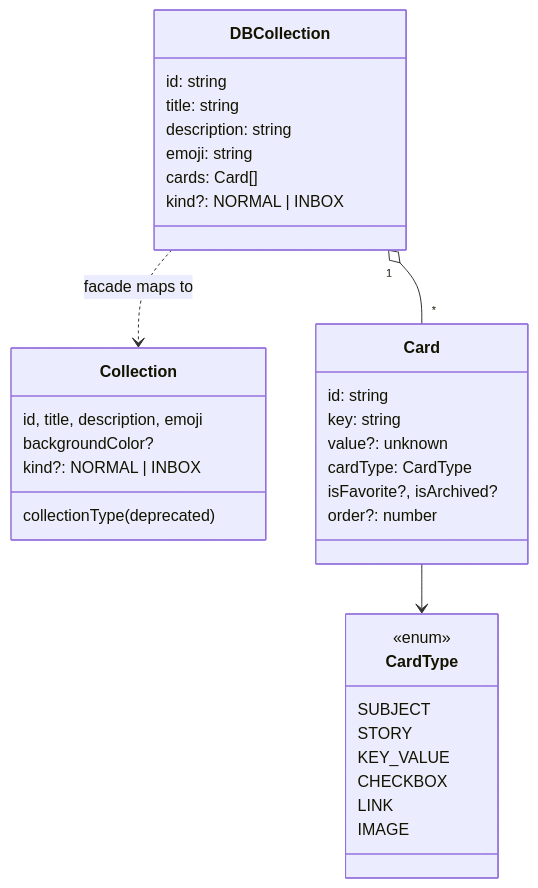
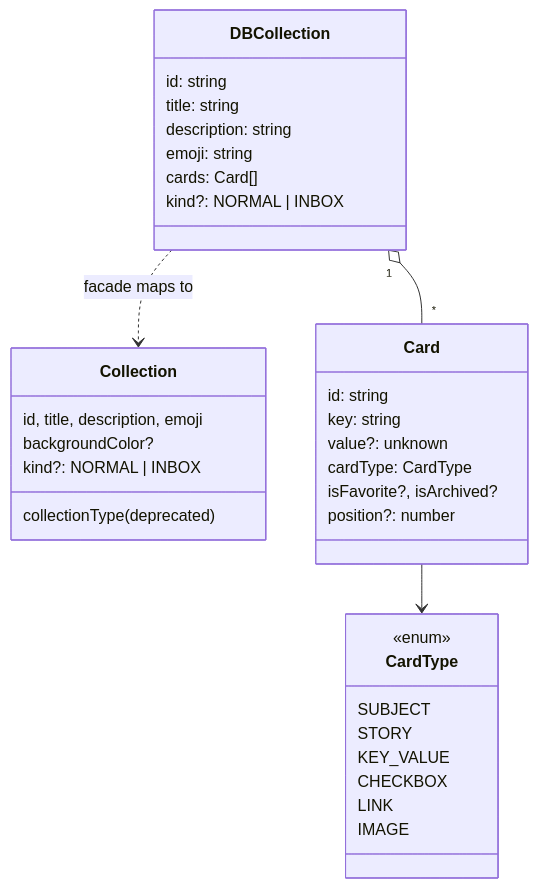
Before and after one commit to Assaviv/CollectionsProject: the second of 3 diagrams in SaveApp-UI/README.md, drawn with Mermaid. The commit also changed other lines of this file and 15 other files, not shown here.

````diff
--- a/SaveApp-UI/README.md
+++ b/SaveApp-UI/README.md
@@ -40,37 +40,37 @@
 ```mermaid
 classDiagram
     class DBCollection {
         id: string
         title: string
         description: string
         emoji: string
         cards: Card[]
         kind?: NORMAL | INBOX
     }
     class Collection {
         id, title, description, emoji
         backgroundColor?
         kind?: NORMAL | INBOX
         collectionType (deprecated)
     }
     class Card {
         id: string
         key: string
         value?: unknown
         cardType: CardType
         isFavorite?, isArchived?
-        order?: number
+        position?: number
     }
     class CardType {
         <<enum>>
         SUBJECT
         STORY
         KEY_VALUE
         CHECKBOX
         LINK
         IMAGE
     }
     DBCollection "1" o-- "*" Card
     Card --> CardType
     DBCollection ..> Collection : facade maps to
 ```
````
